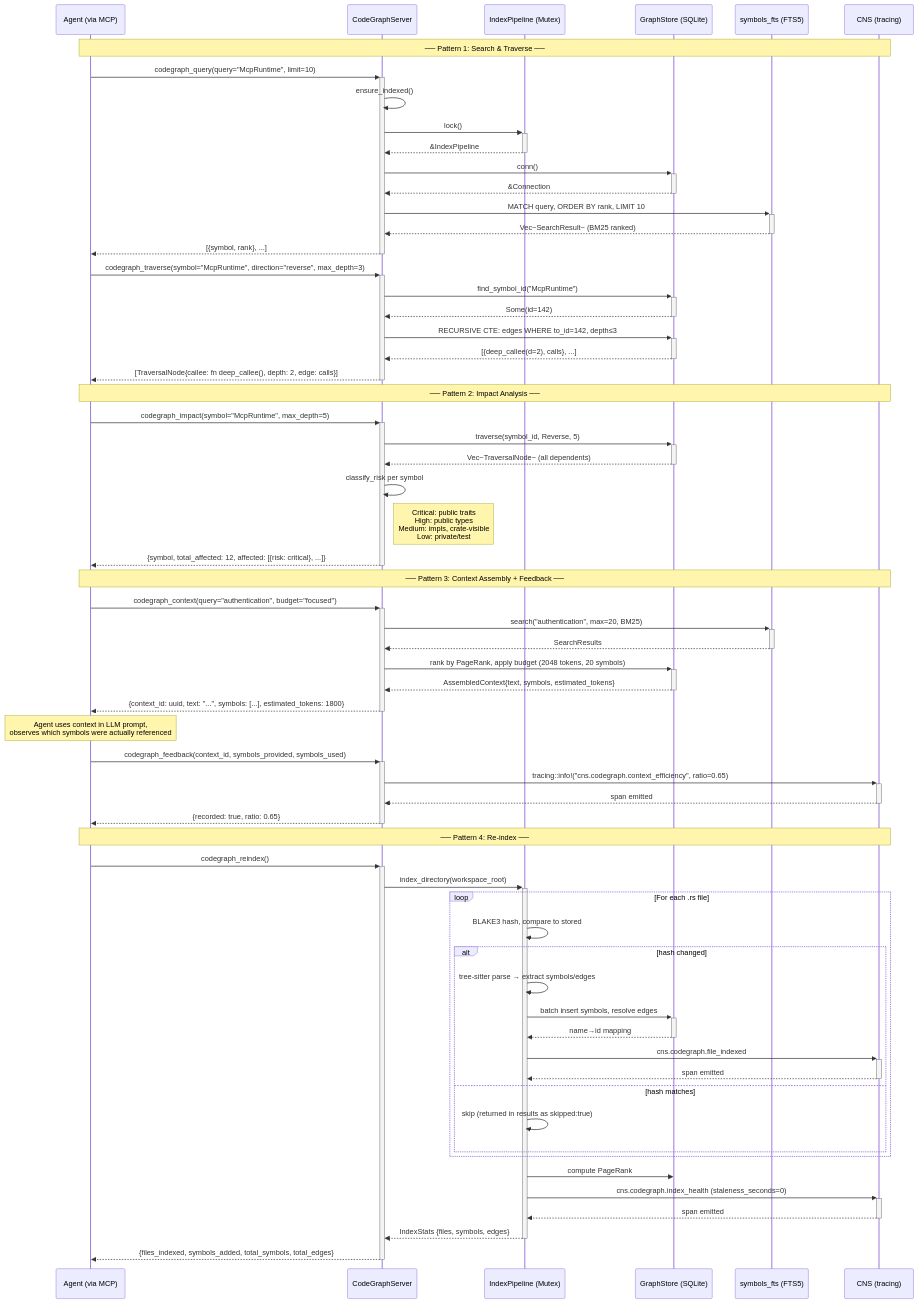
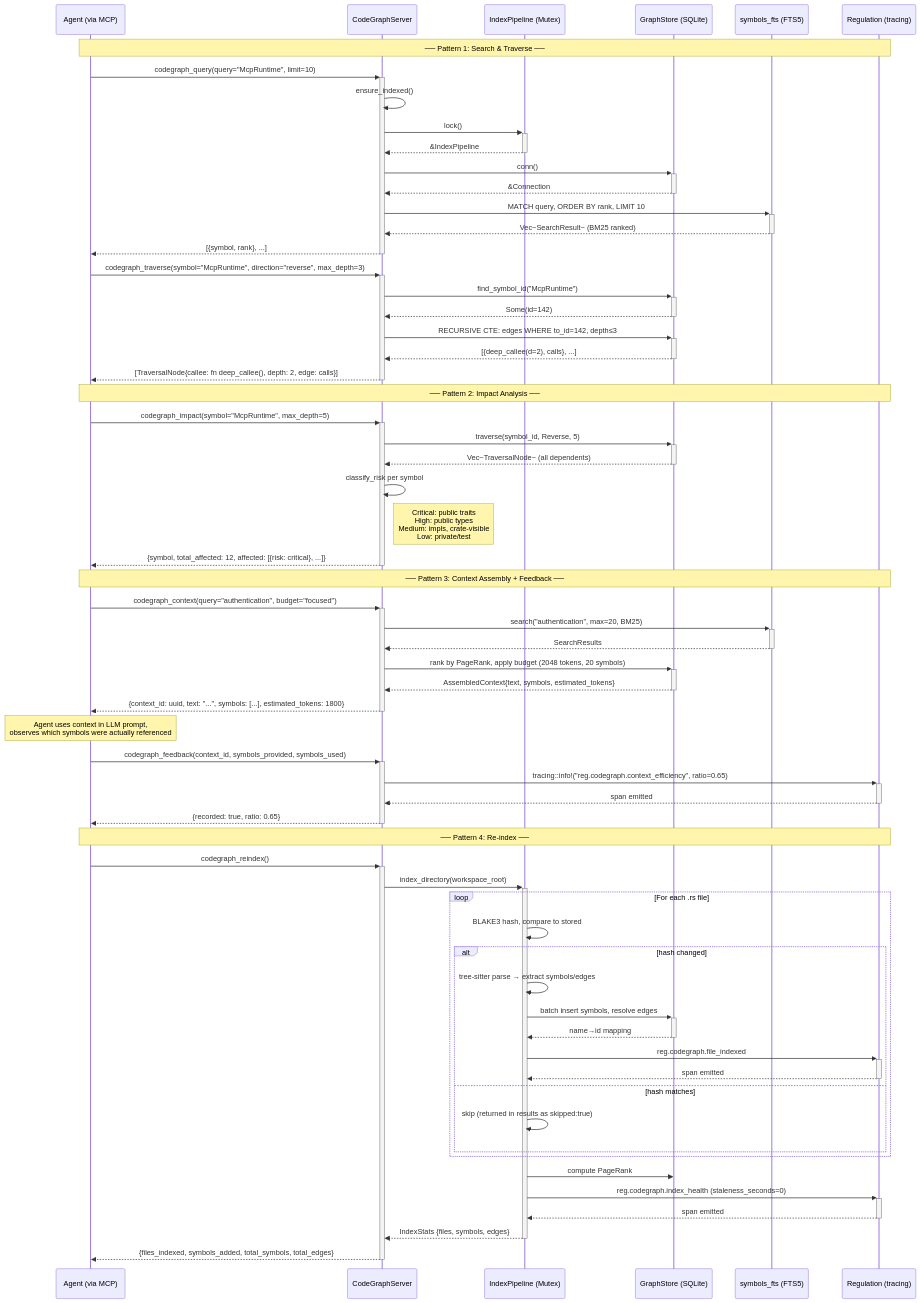
The fourth of 9 diagrams in docs/reference/api-reference.md (mdz-axo/hKask), drawn with Mermaid before and after one commit. The commit also changed other lines of this file and 68 other files, not shown here.

First line of the commit message:
Rename CNS to Regulation across docs

````diff
--- a/docs/reference/api-reference.md
+++ b/docs/reference/api-reference.md
@@ -1782,76 +1782,76 @@
 ```mermaid
 sequenceDiagram
     participant Agent as Agent (via MCP)
     participant Server as CodeGraphServer
     participant Pipeline as IndexPipeline (Mutex)
     participant Store as GraphStore (SQLite)
     participant FTS as symbols_fts (FTS5)
-    participant CNS as CNS (tracing)
+    participant Regulation as Regulation (tracing)
 
-    Note over Agent,CNS: ── Pattern 1: Search & Traverse ──
+    Note over Agent,Regulation: ── Pattern 1: Search & Traverse ──
 
     Agent->>+Server: codegraph_query(query="McpRuntime", limit=10)
     Server->>Server: ensure_indexed()
     Server->>+Pipeline: lock()
     Pipeline-->>-Server: &IndexPipeline
     Server->>+Store: conn()
     Store-->>-Server: &Connection
     Server->>+FTS: MATCH query, ORDER BY rank, LIMIT 10
     FTS-->>-Server: Vec~SearchResult~ (BM25 ranked)
     Server-->>-Agent: [{symbol, rank}, ...]
 
     Agent->>+Server: codegraph_traverse(symbol="McpRuntime", direction="reverse", max_depth=3)
     Server->>+Store: find_symbol_id("McpRuntime")
     Store-->>-Server: Some(id=142)
     Server->>+Store: RECURSIVE CTE: edges WHERE to_id=142, depth≤3
     Store-->>-Server: [{deep_callee(d=2), calls}, ...]
     Server-->>-Agent: [TraversalNode{callee: fn deep_callee(), depth: 2, edge: calls}]
 
-    Note over Agent,CNS: ── Pattern 2: Impact Analysis ──
+    Note over Agent,Regulation: ── Pattern 2: Impact Analysis ──
 
     Agent->>+Server: codegraph_impact(symbol="McpRuntime", max_depth=5)
     Server->>+Store: traverse(symbol_id, Reverse, 5)
     Store-->>-Server: Vec~TraversalNode~ (all dependents)
     Server->>Server: classify_risk per symbol
     Note right of Server: Critical: public traits<br/>High: public types<br/>Medium: impls, crate-visible<br/>Low: private/test
     Server-->>-Agent: {symbol, total_affected: 12, affected: [{risk: critical}, ...]}
 
-    Note over Agent,CNS: ── Pattern 3: Context Assembly + Feedback ──
+    Note over Agent,Regulation: ── Pattern 3: Context Assembly + Feedback ──
 
     Agent->>+Server: codegraph_context(query="authentication", budget="focused")
     Server->>+FTS: search("authentication", max=20, BM25)
     FTS-->>-Server: SearchResults
     Server->>+Store: rank by PageRank, apply budget (2048 tokens, 20 symbols)
     Store-->>-Server: AssembledContext{text, symbols, estimated_tokens}
     Server-->>-Agent: {context_id: uuid, text: "...", symbols: [...], estimated_tokens: 1800}
 
     Note over Agent: Agent uses context in LLM prompt,<br/>observes which symbols were actually referenced
 
     Agent->>+Server: codegraph_feedback(context_id, symbols_provided, symbols_used)
-    Server->>+CNS: tracing::info!("cns.codegraph.context_efficiency", ratio=0.65)
-    CNS-->>-Server: span emitted
+    Server->>+Regulation: tracing::info!("reg.codegraph.context_efficiency", ratio=0.65)
+    Regulation-->>-Server: span emitted
     Server-->>-Agent: {recorded: true, ratio: 0.65}
 
-    Note over Agent,CNS: ── Pattern 4: Re-index ──
+    Note over Agent,Regulation: ── Pattern 4: Re-index ──
 
     Agent->>+Server: codegraph_reindex()
     Server->>+Pipeline: index_directory(workspace_root)
     loop For each .rs file
         Pipeline->>Pipeline: BLAKE3 hash, compare to stored
         alt hash changed
             Pipeline->>Pipeline: tree-sitter parse → extract symbols/edges
             Pipeline->>+Store: batch insert symbols, resolve edges
             Store-->>-Pipeline: name→id mapping
-            Pipeline->>+CNS: cns.codegraph.file_indexed
-            CNS-->>-Pipeline: span emitted
+            Pipeline->>+Regulation: reg.codegraph.file_indexed
+            Regulation-->>-Pipeline: span emitted
         else hash matches
             Pipeline->>Pipeline: skip (returned in results as skipped:true)
         end
     end
     Pipeline->>Store: compute PageRank
 
-    Pipeline->>+CNS: cns.codegraph.index_health (staleness_seconds=0)
-    CNS-->>-Pipeline: span emitted
+    Pipeline->>+Regulation: reg.codegraph.index_health (staleness_seconds=0)
+    Regulation-->>-Pipeline: span emitted
     Pipeline-->>-Server: IndexStats {files, symbols, edges}
     Server-->>-Agent: {files_indexed, symbols_added, total_symbols, total_edges}
 ```
````
